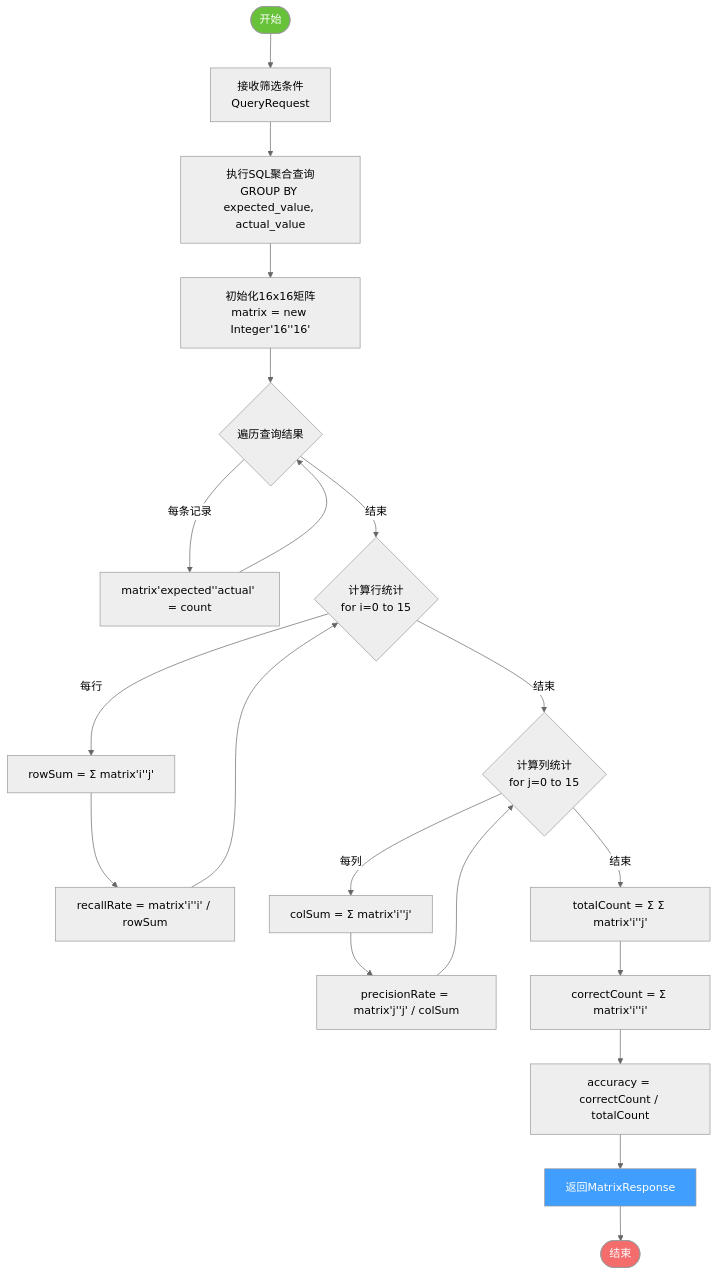
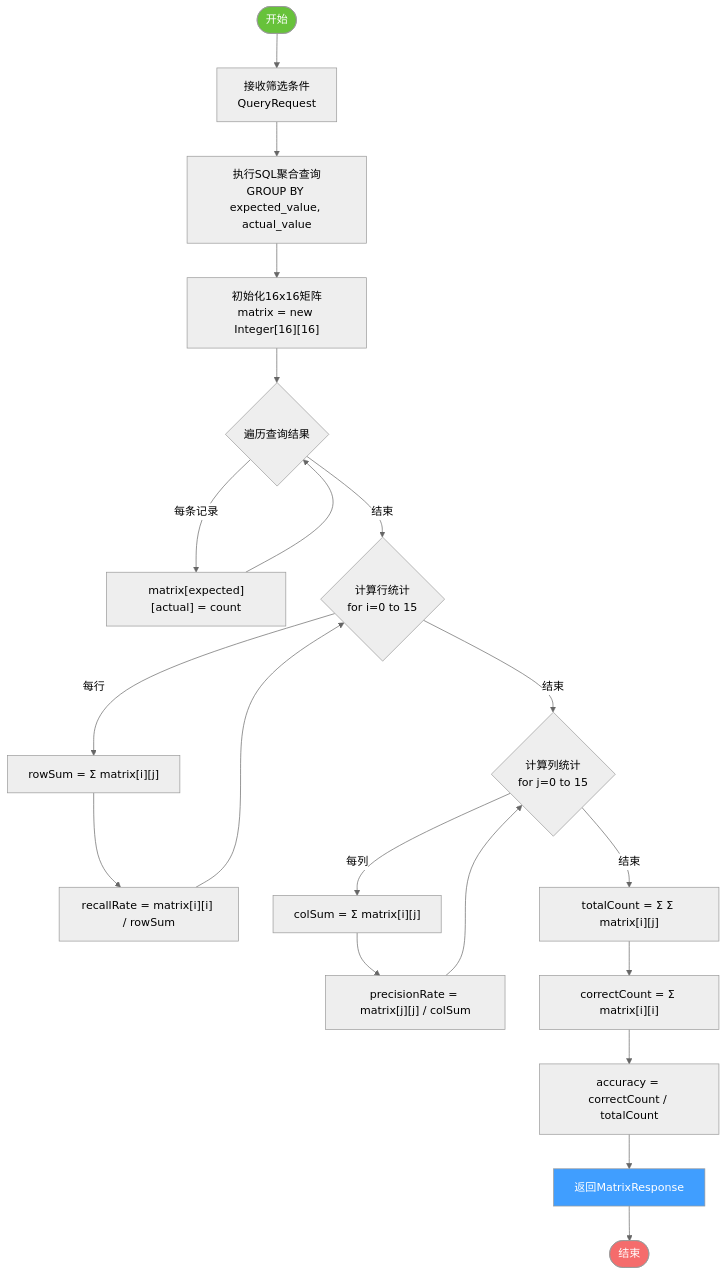
The eighth of 11 diagrams in classification-confusion-matrix-system/docs/05-完整架构图.md (githubstudycloud/gi002), drawn with Mermaid (neutral theme) before and after one commit. The commit also changed other lines of this file, not shown here.

Commit message:
Fix Mermaid syntax errors in architecture diagram
- Fix flowchart node syntax: replace single quotes with square brackets
- Fix ER diagram relationship syntax: correct cardinality notation
- Improve readability of mathematical expressions

🤖 Generated with [Claude Code](https://claude.com/claude-code)

````diff
--- a/classification-confusion-matrix-system/docs/05-完整架构图.md
+++ b/classification-confusion-matrix-system/docs/05-完整架构图.md
@@ -316,31 +316,31 @@
 ```mermaid
 flowchart TD
     Start([开始]) --> Input[接收筛选条件<br/>QueryRequest]
-    Input --> Query[执行SQL聚合查询<br/>GROUP BY expected_value, actual_value]
-    Query --> Init[初始化16x16矩阵<br/>matrix = new Integer'16''16']
+    Input --> Query["执行SQL聚合查询<br/>GROUP BY expected_value, actual_value"]
+    Query --> Init["初始化16x16矩阵<br/>matrix = new Integer[16][16]"]
 
     Init --> Fill{遍历查询结果}
-    Fill -->|每条记录| SetCell[matrix'expected''actual' = count]
+    Fill -->|每条记录| SetCell["matrix[expected][actual] = count"]
     SetCell --> Fill
 
-    Fill -->|结束| CalcRow{计算行统计<br/>for i=0 to 15}
-    CalcRow -->|每行| RowSum[rowSum = Σ matrix'i''j']
-    RowSum --> Recall[recallRate = matrix'i''i' / rowSum]
+    Fill -->|结束| CalcRow{"计算行统计<br/>for i=0 to 15"}
+    CalcRow -->|每行| RowSum["rowSum = Σ matrix[i][j]"]
+    RowSum --> Recall["recallRate = matrix[i][i] / rowSum"]
     Recall --> CalcRow
 
-    CalcRow -->|结束| CalcCol{计算列统计<br/>for j=0 to 15}
-    CalcCol -->|每列| ColSum[colSum = Σ matrix'i''j']
-    ColSum --> Precision[precisionRate = matrix'j''j' / colSum]
+    CalcRow -->|结束| CalcCol{"计算列统计<br/>for j=0 to 15"}
+    CalcCol -->|每列| ColSum["colSum = Σ matrix[i][j]"]
+    ColSum --> Precision["precisionRate = matrix[j][j] / colSum"]
     Precision --> CalcCol
 
-    CalcCol -->|结束| Total[totalCount = Σ Σ matrix'i''j']
-    Total --> Correct[correctCount = Σ matrix'i''i']
+    CalcCol -->|结束| Total["totalCount = Σ Σ matrix[i][j]"]
+    Total --> Correct["correctCount = Σ matrix[i][i]"]
     Correct --> Accuracy[accuracy = correctCount / totalCount]
 
     Accuracy --> Return[返回MatrixResponse]
     Return --> End([结束])
 
     style Start fill:#67C23A,color:#fff
     style End fill:#F56C6C,color:#fff
     style Return fill:#409EFF,color:#fff
 ```
````
